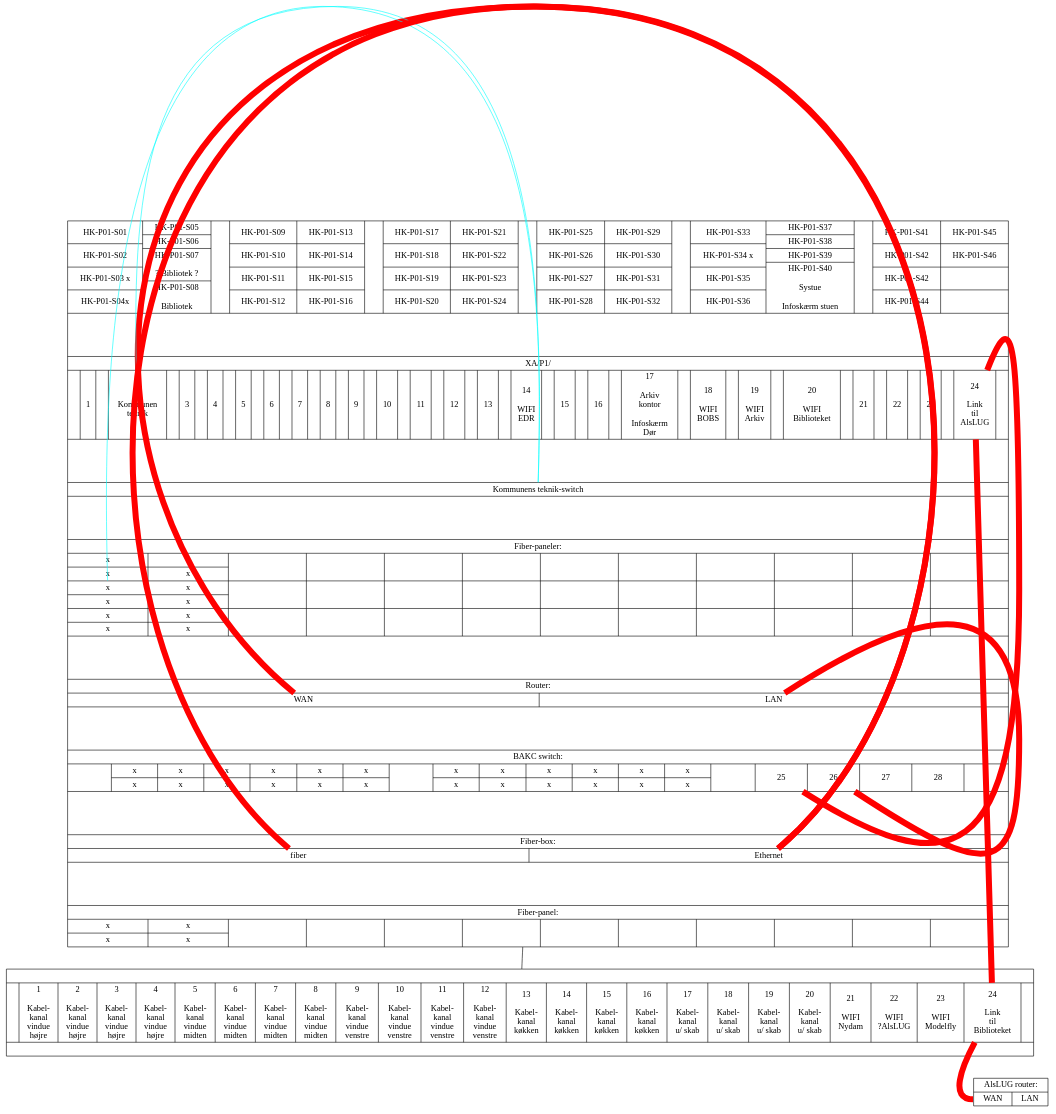
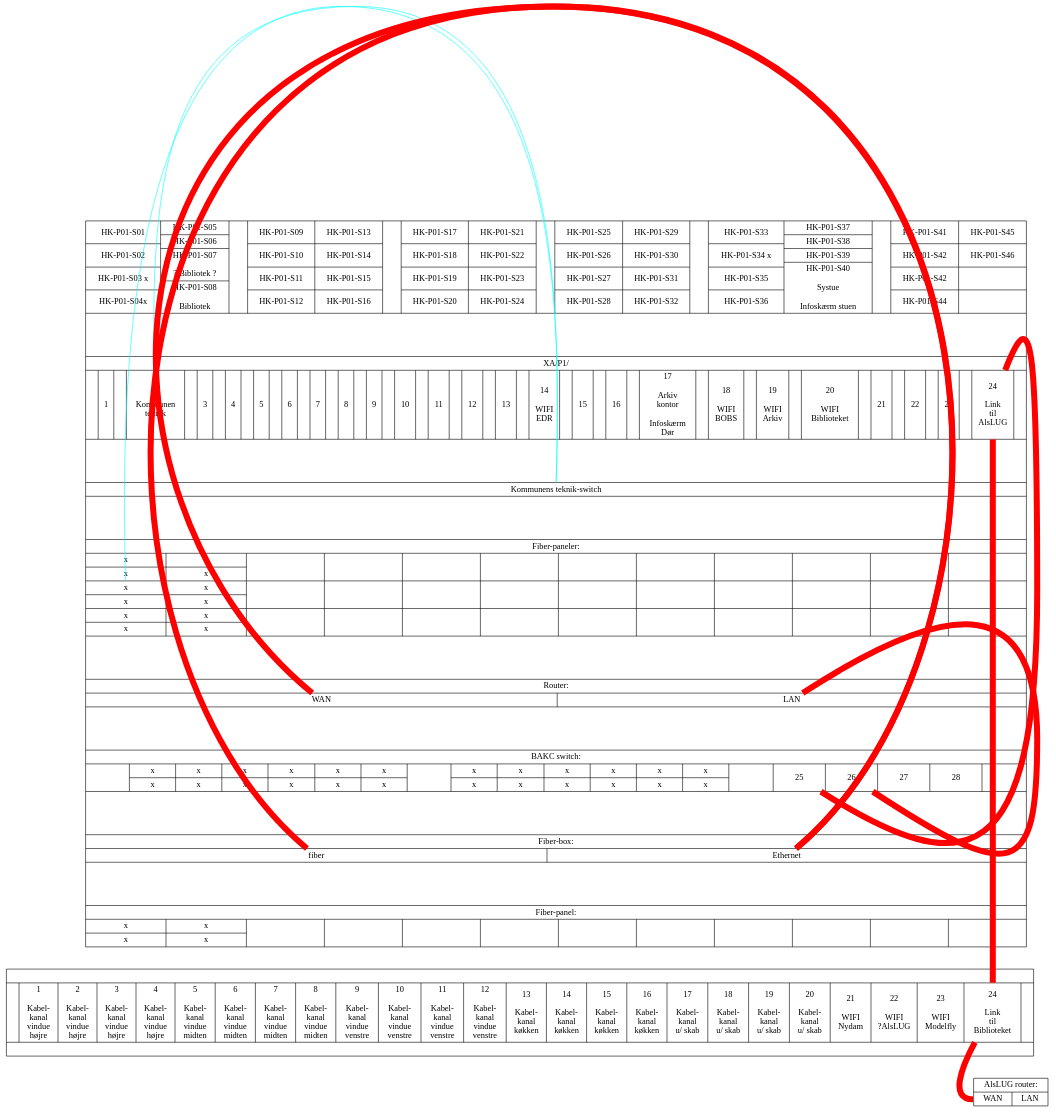
The diagram in projekter/patch-paneler.dot (alslug/alslug.dk), drawn with Graphviz before and after one commit.

```diff
--- a/projekter/patch-paneler.dot
+++ b/projekter/patch-paneler.dot
@@ -196,12 +196,11 @@
 						<24> 24 \n\nLink\ntil\nBiblioteket
 					|}|
                                       }" ];
+  bib_patch:xa_p1_2 -> bib_patch:kom_switch -> bib_patch:kom_fiber [ color=cyan ];
+  bib_patch:stofabox_ethernet -> bib_patch:stofabox_fiber [ color=red penwidth=10 ];
+
   alslug_router [ shape=record label="{AlsLUG router:|{<wan> WAN|<lan> LAN}}" ];
   bib_patch:stofabox_ethernet -> bib_patch:route_wan [ color=red penwidth=10 ];
   bib_patch:router_lan -> bib_patch:switch_26 [ color=red penwidth=10 ];
   bib_patch:switch_25 -> bib_patch:xa_p1_24 -> alslug_patch:24 -> alslug_router:wan [ color=red penwidth=10 ];
-
-  bib_patch -> alslug_patch;
-  bib_patch:xa_p1_2 -> bib_patch:kom_switch -> bib_patch:kom_fiber [ color=cyan ];
-  bib_patch:stofabox_ethernet -> bib_patch:stofabox_fiber [ color=red penwidth=10 ];
 }
```
